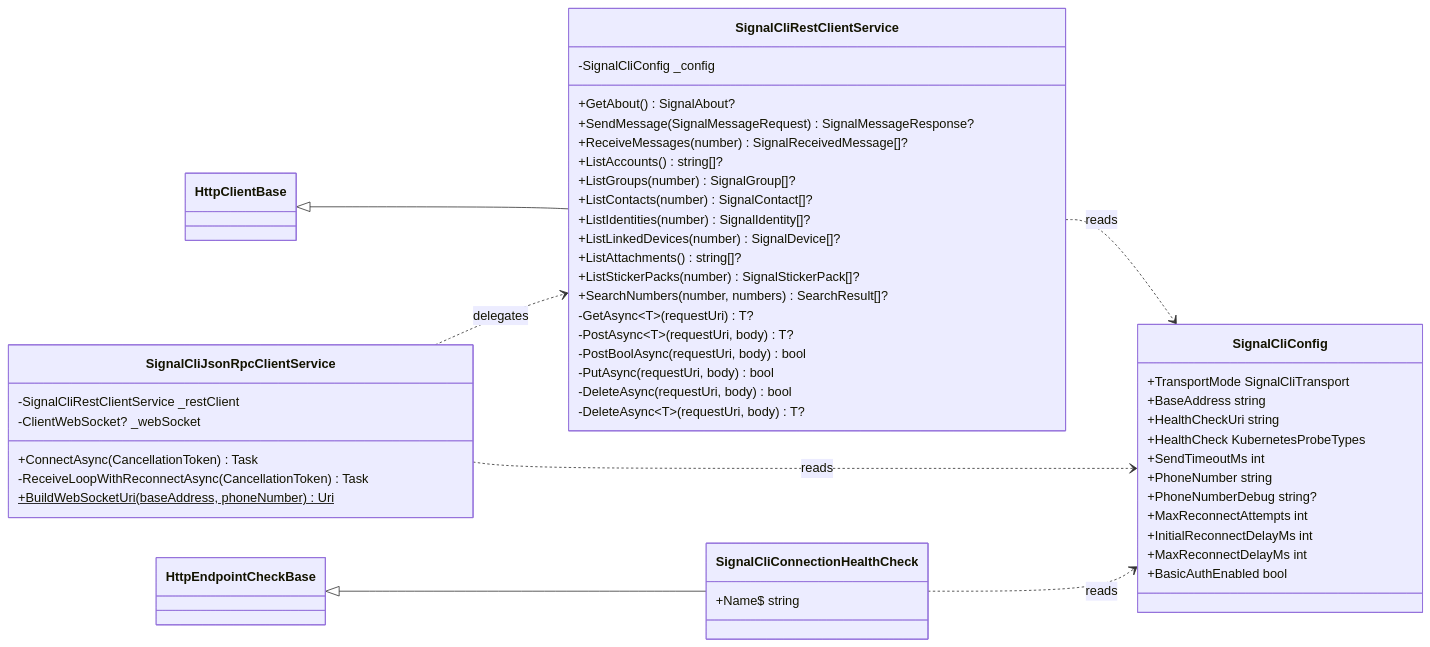
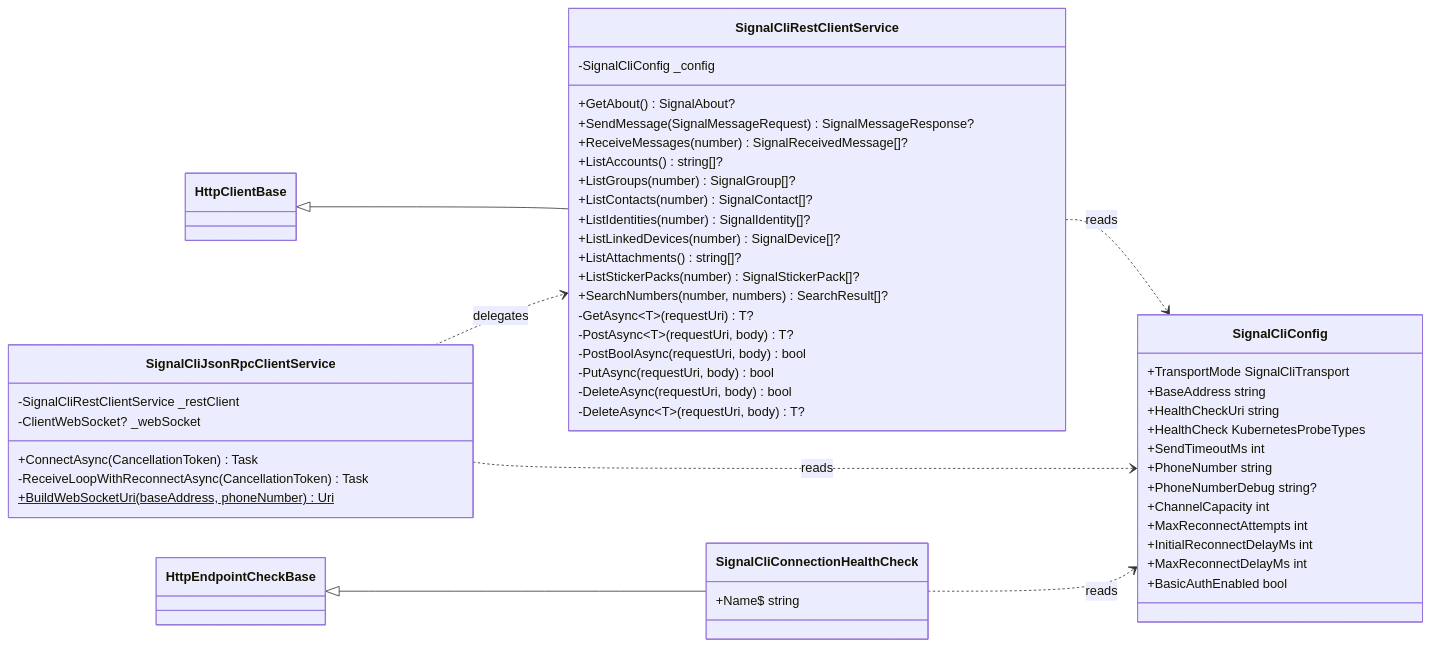
One commit to f2calv/SmartHaus changed the first of 2 diagrams in src/CasCap.Api.SignalCli/README.md. Above: the diagram before and after it, drawn with Mermaid. The commit also changed other lines of this file and 4 other files, not shown here.

````diff
--- a/src/CasCap.Api.SignalCli/README.md
+++ b/src/CasCap.Api.SignalCli/README.md
@@ -214,59 +216,60 @@
 ```mermaid
 classDiagram
     direction LR
 
     HttpClientBase <|-- SignalCliRestClientService
     HttpEndpointCheckBase <|-- SignalCliConnectionHealthCheck
     SignalCliJsonRpcClientService ..> SignalCliRestClientService : delegates
 
     class SignalCliRestClientService {
         -SignalCliConfig _config
         +GetAbout() SignalAbout?
         +SendMessage(SignalMessageRequest) SignalMessageResponse?
         +ReceiveMessages(number) SignalReceivedMessage[]?
         +ListAccounts() string[]?
         +ListGroups(number) SignalGroup[]?
         +ListContacts(number) SignalContact[]?
         +ListIdentities(number) SignalIdentity[]?
         +ListLinkedDevices(number) SignalDevice[]?
         +ListAttachments() string[]?
         +ListStickerPacks(number) SignalStickerPack[]?
         +SearchNumbers(number, numbers) SearchResult[]?
         -GetAsync~T~(requestUri) T?
         -PostAsync~T~(requestUri, body) T?
         -PostBoolAsync(requestUri, body) bool
         -PutAsync(requestUri, body) bool
         -DeleteAsync(requestUri, body) bool
         -DeleteAsync~T~(requestUri, body) T?
     }
 
     class SignalCliJsonRpcClientService {
         -SignalCliRestClientService _restClient
         -ClientWebSocket? _webSocket
         +ConnectAsync(CancellationToken) Task
         -ReceiveLoopWithReconnectAsync(CancellationToken) Task
         +BuildWebSocketUri(baseAddress, phoneNumber)$ Uri
     }
 
     class SignalCliConnectionHealthCheck {
         +Name$ string
     }
 
     class SignalCliConfig {
         +TransportMode SignalCliTransport
         +BaseAddress string
         +HealthCheckUri string
         +HealthCheck KubernetesProbeTypes
         +SendTimeoutMs int
         +PhoneNumber string
         +PhoneNumberDebug string?
+        +ChannelCapacity int
         +MaxReconnectAttempts int
         +InitialReconnectDelayMs int
         +MaxReconnectDelayMs int
         +BasicAuthEnabled bool
     }
 
     SignalCliRestClientService ..> SignalCliConfig : reads
     SignalCliJsonRpcClientService ..> SignalCliConfig : reads
     SignalCliConnectionHealthCheck ..> SignalCliConfig : reads
 ```
````
